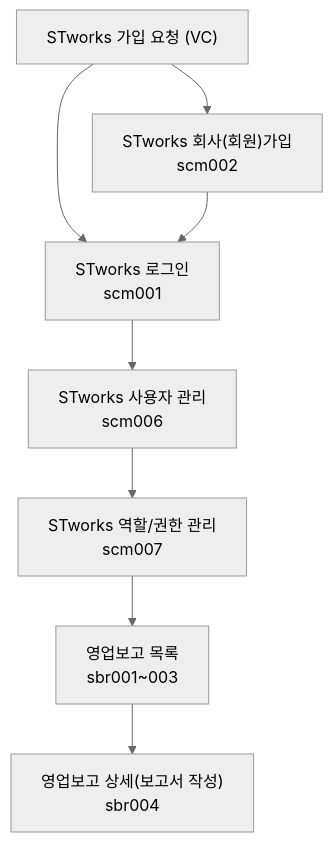
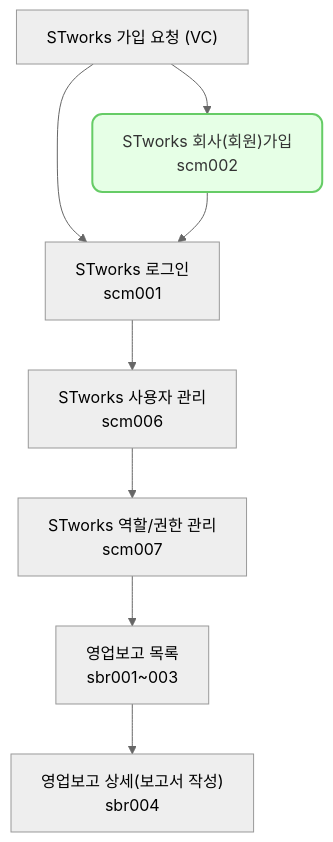
Before and after one commit to cotes2020/jekyll-theme-chirpy: the diagram in _posts/2024-09-01-scm002.md, drawn with Mermaid (neutral theme). The commit also changed 6 other files, not shown here.

````diff
--- a/_posts/2024-09-01-scm002.md
+++ b/_posts/2024-09-01-scm002.md
@@ -29,27 +29,27 @@
 ```mermaid
 flowchart TD
     n1["STworks 가입 요청 (VC)"]
     n2["STworks 회사(회원)가입<br>scm002"]
     n3["STworks 로그인<br>scm001"]
     n4["STworks 사용자 관리<br>scm006"]
     n5["STworks 역할/권한 관리<br>scm007"]
     n6["영업보고 목록<br>sbr001~003"]
     n7["영업보고 상세(보고서 작성)<br>sbr004"]
     
     n1 --> n2
     n1 --> n3
     n2 --> n3
     n3 --> n4
     n4 --> n5
     n5 --> n6
     n6 --> n7
 
     click n2 "{% post_url 2024-09-01-scm002 %}" " "
     click n3 "{% post_url 2024-09-02-scm001 %}" " "
     click n4 "{% post_url 2024-09-03-scm006 %}" " "
     click n5 "{% post_url 2024-09-04-scm007 %}" " "
     click n6 "{% post_url 2024-09-05-sbr001 %}" " "
     click n7 "{% post_url 2024-09-06-sbr004 %}" " "
 
-    %%style n2 fill:#e6ffe6,stroke:#66cc66,stroke-width:2px,rx:10,ry:10,color:#333333,fontColor:#333333
+    style n2 fill:#e6ffe6,stroke:#66cc66,stroke-width:2px,rx:10,ry:10,color:#333333,fontColor:#333333
 ```
````
